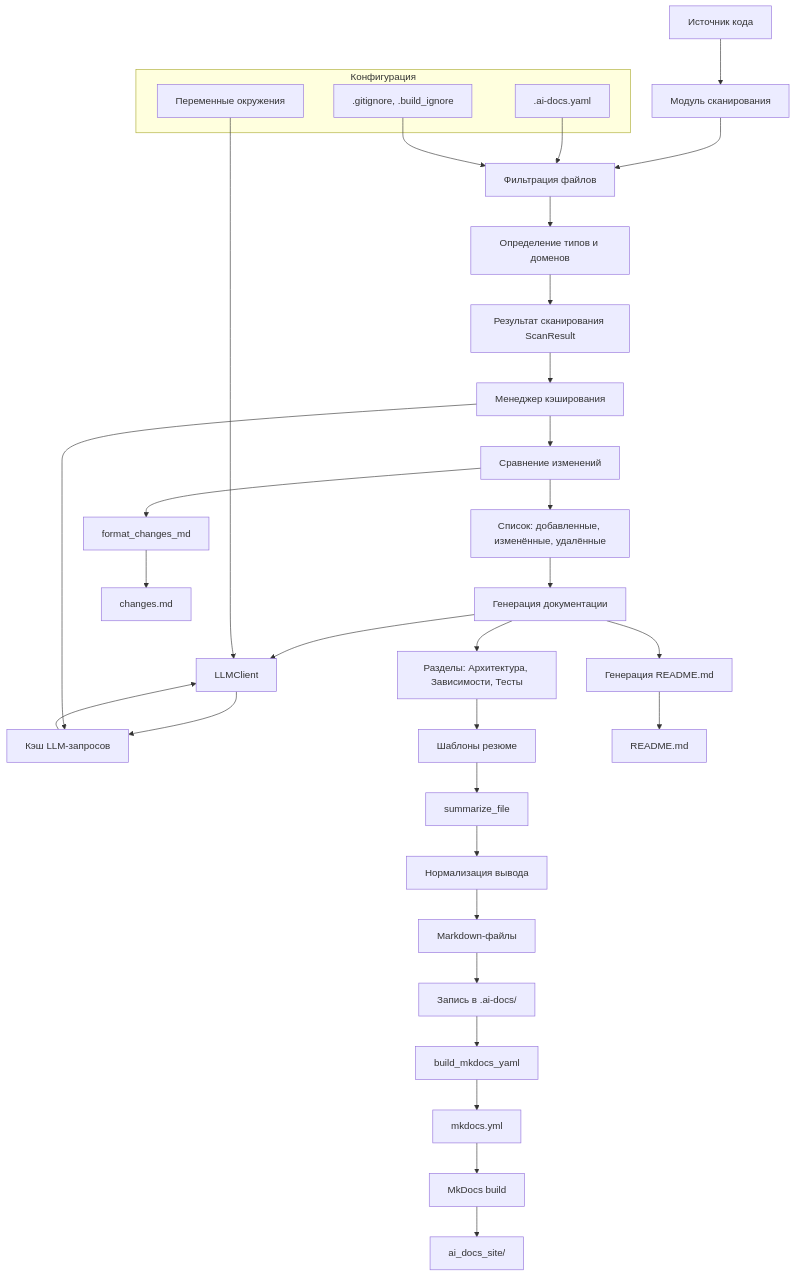
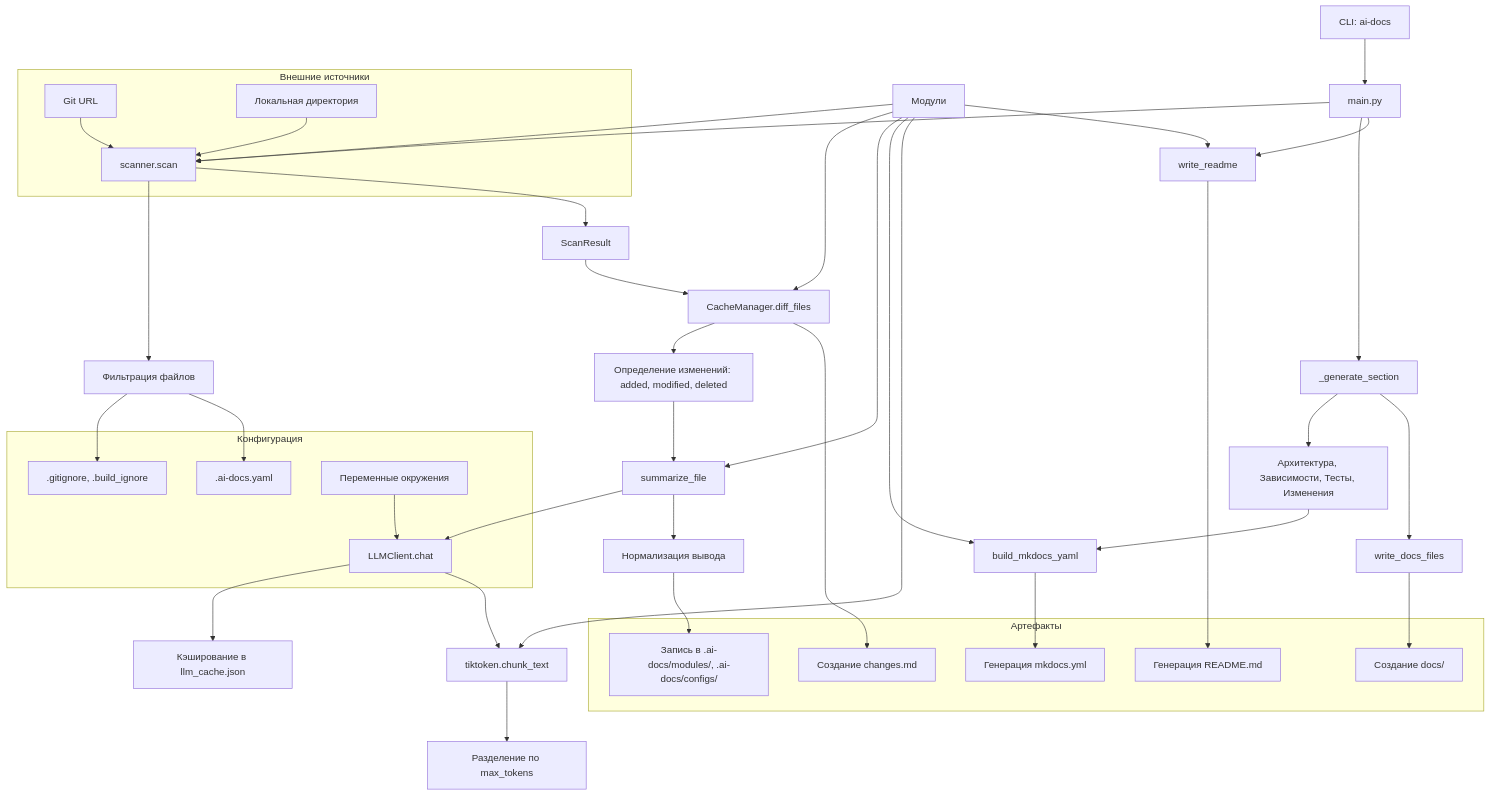
One commit to LKosoj/ai-docs changed the diagram in .ai-docs/architecture.md. Above: the diagram before and after it, drawn with Mermaid. The commit also changed other lines of this file and 21 other files, not shown here.

````diff
--- a/.ai-docs/architecture.md
+++ b/.ai-docs/architecture.md
@@ -3,37 +3,50 @@
 ```mermaid
 graph TD
-    A[Источник кода] --> B[Модуль сканирования]
-    B --> C[Фильтрация файлов]
-    C --> D[Определение типов и доменов]
-    D --> E[Результат сканирования ScanResult]
-    E --> F[Менеджер кэширования]
-    F --> G[Сравнение изменений]
-    G --> H[Список: добавленные, изменённые, удалённые]
-    H --> I[Генерация документации]
-    I --> J[LLMClient]
-    J --> K[Кэш LLM-запросов]
-    K --> J
-    I --> L[Разделы: Архитектура, Зависимости, Тесты]
-    L --> M[Шаблоны резюме]
-    M --> N[summarize_file]
-    N --> O[Нормализация вывода]
-    O --> P[Markdown-файлы]
-    P --> Q[Запись в .ai-docs/]
-    Q --> R[build_mkdocs_yaml]
-    R --> S[mkdocs.yml]
-    S --> T[MkDocs build]
-    T --> U[ai_docs_site/]
-    I --> V[Генерация README.md]
-    V --> W[README.md]
-    G --> X[format_changes_md]
-    X --> Y[changes.md]
+    A[CLI: ai-docs] --> B[main.py]
+    B --> C[scanner.scan]
+    C --> D[Фильтрация файлов]
+    D --> E[.gitignore, .build_ignore]
+    D --> F[.ai-docs.yaml]
+    C --> G[ScanResult]
+    G --> H[CacheManager.diff_files]
+    H --> I[Определение изменений: added, modified, deleted]
+    I --> J[summarize_file]
+    J --> K[LLMClient.chat]
+    K --> L[Кэширование в llm_cache.json]
+    J --> M[Нормализация вывода]
+    M --> N[Запись в .ai-docs/modules/, .ai-docs/configs/]
+    B --> O[_generate_section]
+    O --> P[Архитектура, Зависимости, Тесты, Изменения]
+    P --> Q[build_mkdocs_yaml]
+    Q --> R[Генерация mkdocs.yml]
+    O --> S[write_docs_files]
+    S --> T[Создание docs/]
+    B --> U[write_readme]
+    U --> V[Генерация README.md]
+    K --> W[tiktoken.chunk_text]
+    W --> X[Разделение по max_tokens]
+    H --> Y[Создание changes.md]
+    Z[Модули] --> C
+    Z --> H
+    Z --> J
+    Z --> Q
+    Z --> W
+    Z --> U
+    subgraph "Внешние источники"
+        URL[Git URL] --> C
+        Local[Локальная директория] --> C
+    end
     subgraph "Конфигурация"
-        Z[.ai-docs.yaml]
-        AA[.gitignore, .build_ignore]
-        AB[Переменные окружения]
+        F
+        E
+        AA[Переменные окружения]
+        AA --> K
     end
-    Z --> C
-    AA --> C
-    AB --> J
-    F --> K
-```
+    subgraph "Артефакты"
+        V
+        T
+        R
+        Y
+        N
+    end
+``` 
````
